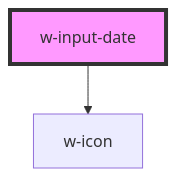
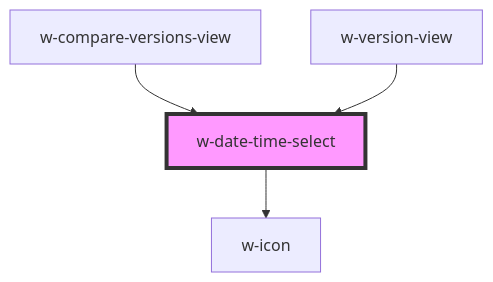
The diagram in src/components/w-date-time-select/readme.md (wordproof/ui), drawn with Mermaid before and after one commit. The commit also changed other lines of this file and 11 other files, not shown here.

````diff
--- a/src/components/w-date-time-select/readme.md
+++ b/src/components/w-date-time-select/readme.md
@@ -22,5 +30,7 @@
 ```mermaid
 graph TD;
-  w-input-date --> w-icon
-  style w-input-date fill:#f9f,stroke:#333,stroke-width:4px
+  w-date-time-select --> w-icon
+  w-compare-versions-view --> w-date-time-select
+  w-version-view --> w-date-time-select
+  style w-date-time-select fill:#f9f,stroke:#333,stroke-width:4px
 ```
````
